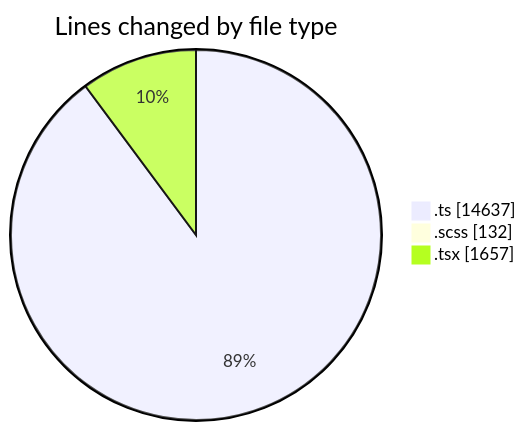
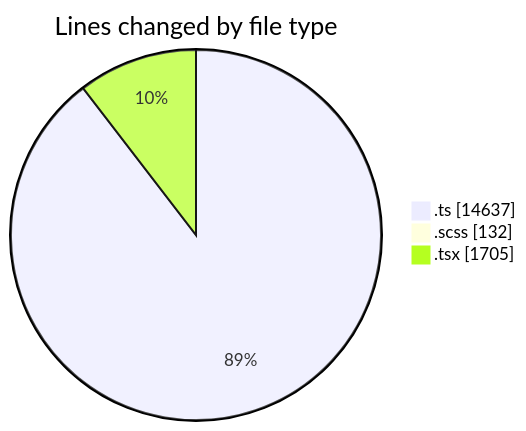
Before and after one commit to momahboobian/code-tracking: the first of 2 diagrams in 2025-08-27/cda/README.md, drawn with Mermaid. The commit also changed other lines of this file and 1 other file, not shown here.

````diff
--- a/2025-08-27/cda/README.md
+++ b/2025-08-27/cda/README.md
@@ -27,7 +27,7 @@
 ```mermaid
 pie showData
 title Lines changed by file type
 ".ts" : 14637
 ".scss" : 132
-".tsx" : 1657
+".tsx" : 1705
 ```
````
